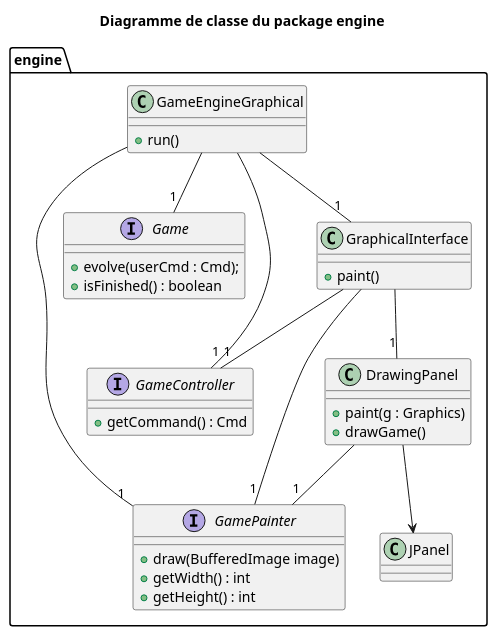
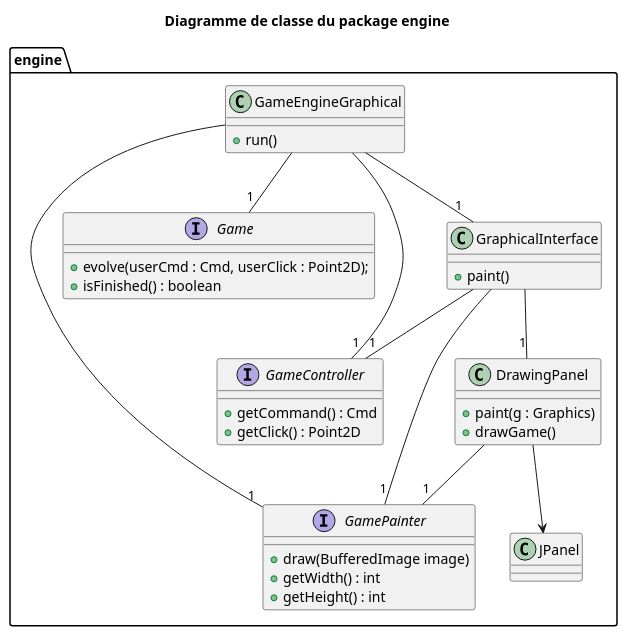
The diagram in conception/diag_classe_package_engine.plantuml (AntoineCourtil/CAD2018_Laraclette), drawn with PlantUML before and after one commit. The commit also changed 2 other files, not shown here.

```diff
--- a/conception/diag_classe_package_engine.plantuml
+++ b/conception/diag_classe_package_engine.plantuml
@@ -1,47 +1,48 @@
 @startuml
 
 title Moteur du jeux
 
 title Diagramme de classe du package engine
 
 package engine {
 
     class DrawingPanel {
         + paint(g : Graphics)
         + drawGame() 
     }
     DrawingPanel --> JPanel
     DrawingPanel --"1" GamePainter
 
     interface Game {
-        + evolve(userCmd : Cmd);
+        + evolve(userCmd : Cmd, userClick : Point2D);
         + isFinished() : boolean
     }
 
     interface GameController {
         + getCommand() : Cmd
+        + getClick() : Point2D
     }
 
     interface GamePainter {
         + draw(BufferedImage image)
         + getWidth() : int
 	    + getHeight() : int
     }
 
     class GameEngineGraphical {
         + run()
     }
     GameEngineGraphical --"1" Game
     GameEngineGraphical --"1" GamePainter
     GameEngineGraphical --"1" GameController
     GameEngineGraphical --"1" GraphicalInterface
 
     class GraphicalInterface {
         + paint()
     }
     GraphicalInterface --"1" DrawingPanel
     GraphicalInterface --"1" GamePainter
     GraphicalInterface --"1" GameController   
 }
 
 @enduml
```
